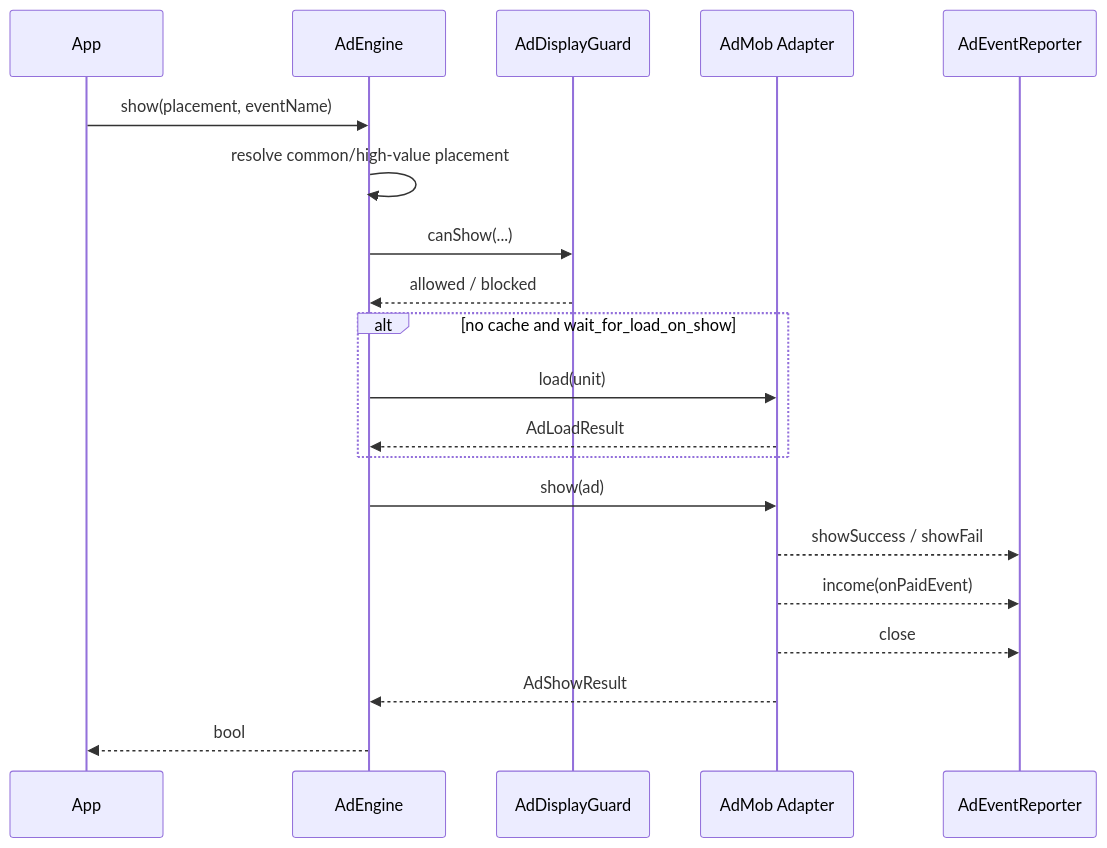
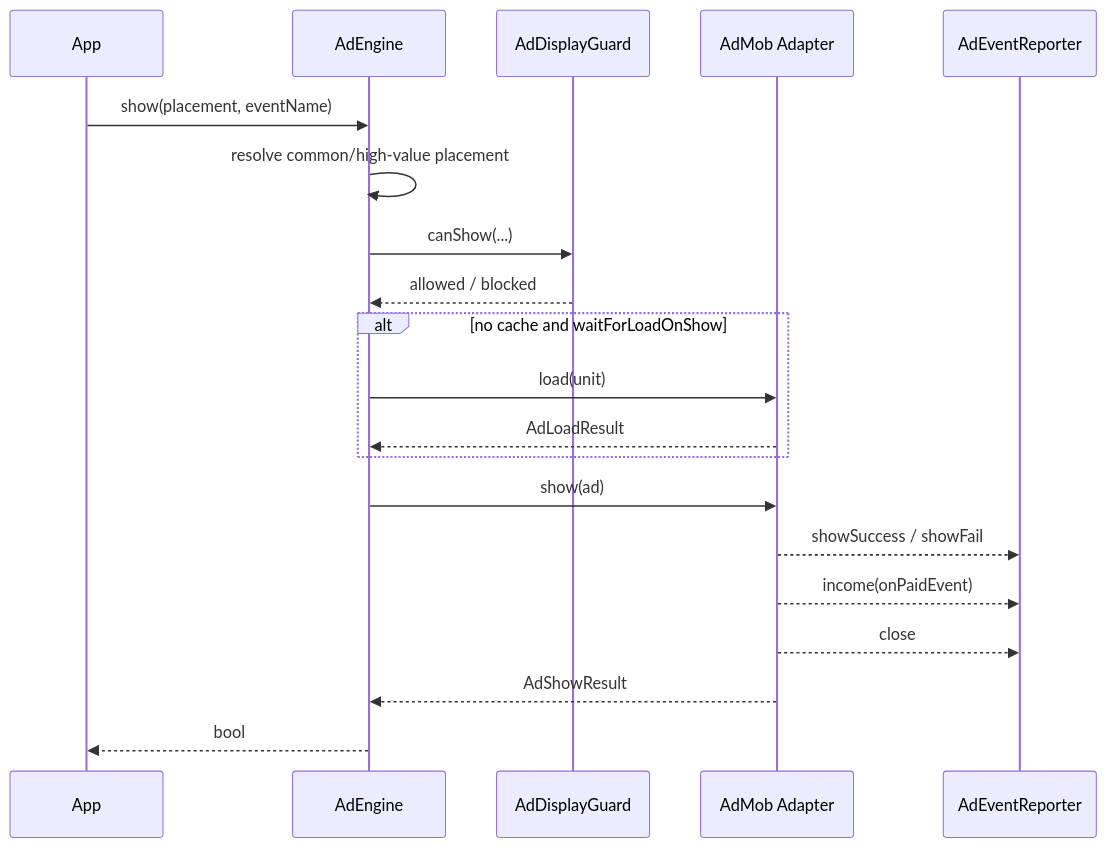
The fourth of 7 diagrams in README.md (yanmingLiu/flutter_ad_plugin), drawn with Mermaid before and after one commit. The commit also changed other lines of this file and 17 other files, not shown here.

````diff
--- a/README.md
+++ b/README.md
@@ -693,23 +663,23 @@
 ```mermaid
 sequenceDiagram
   participant App
   participant Engine as AdEngine
   participant Guard as AdDisplayGuard
   participant Adapter as AdMob Adapter
   participant Reporter as AdEventReporter
 
   App->>Engine: show(placement, eventName)
   Engine->>Engine: resolve common/high-value placement
   Engine->>Guard: canShow(...)
   Guard-->>Engine: allowed / blocked
-  alt no cache and wait_for_load_on_show
+  alt no cache and waitForLoadOnShow
     Engine->>Adapter: load(unit)
     Adapter-->>Engine: AdLoadResult
   end
   Engine->>Adapter: show(ad)
   Adapter-->>Reporter: showSuccess / showFail
   Adapter-->>Reporter: income(onPaidEvent)
   Adapter-->>Reporter: close
   Adapter-->>Engine: AdShowResult
   Engine-->>App: bool
 ```
````
